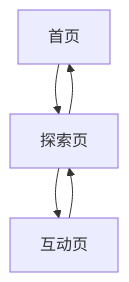
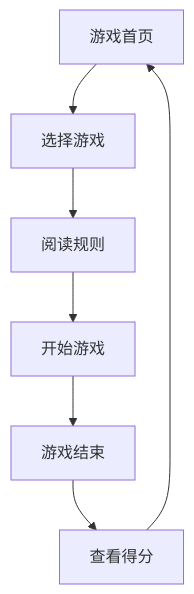
One commit to YeatsLiao/huzhou-playbox changed the diagram in .trae/documents/PRD.md. Above: the diagram before and after it, drawn with Mermaid. The commit also changed other lines of this file and 24 other files, not shown here.

````diff
--- a/.trae/documents/PRD.md
+++ b/.trae/documents/PRD.md
@@ -34,7 +38,9 @@
 ```mermaid
 graph TD
-  A[首页] --> B[探索页]
-  B --> C[互动页]
-  C --> B
-  B --> A
+  A[游戏首页] --> B[选择游戏]
+  B --> C[阅读规则]
+  C --> D[开始游戏]
+  D --> E[游戏结束]
+  E --> F[查看得分]
+  F --> A
 ```
````
